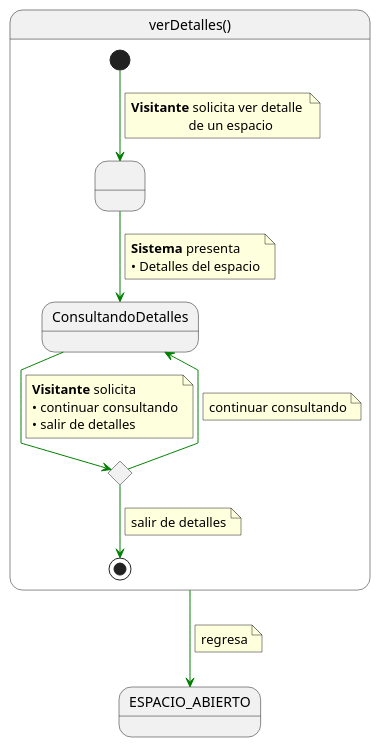
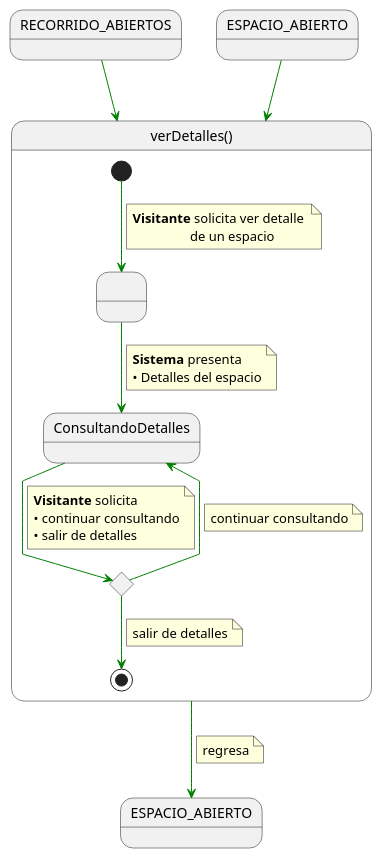
The diagram in documentos/01-casoDeUso/3-DetallarCasosDeUso/1-Visitante/verDetalles/verDetalles.puml (Camila-Lesly/25-26-idsw1-sdr), drawn with PlantUML before and after one commit. The commit also changed 22 other files, not shown here.

```diff
--- a/documentos/01-casoDeUso/3-DetallarCasosDeUso/1-Visitante/verDetalles/verDetalles.puml
+++ b/documentos/01-casoDeUso/3-DetallarCasosDeUso/1-Visitante/verDetalles/verDetalles.puml
@@ -1,43 +1,48 @@
 @startuml
 skinparam linetype polyline
+
+state in1 as "RECORRIDO_ABIERTOS"
+in1 -[#green]-> verDetalles
+state in2 as "ESPACIO_ABIERTO"
+in2 -[#green]-> verDetalles
 
 state verDetalles as "verDetalles()" {
     state " " as SolicitandoDetalles
     state ConsultandoDetalles
     state c <<choice>>
 
     [*] -[#green]-> SolicitandoDetalles 
     note on link
     <b>Visitante</b> solicita ver detalle 
                      de un espacio
     end note    
     
     SolicitandoDetalles -[#green]-> ConsultandoDetalles
     note on link
     <b>Sistema</b> presenta
     • Detalles del espacio
     end note
     
     ConsultandoDetalles -[#green]-> c
     note on link
     <b>Visitante</b> solicita
     • continuar consultando
     • salir de detalles
     end note
     
     c -[#green]-> ConsultandoDetalles
     note on link
     continuar consultando
     end note
 
     c -[#green]-> [*]
     note on link
     salir de detalles
     end note
 }
 
 verDetalles -[#green]-> ESPACIO_ABIERTO
 note on link
 regresa
 end note
 @enduml
```
